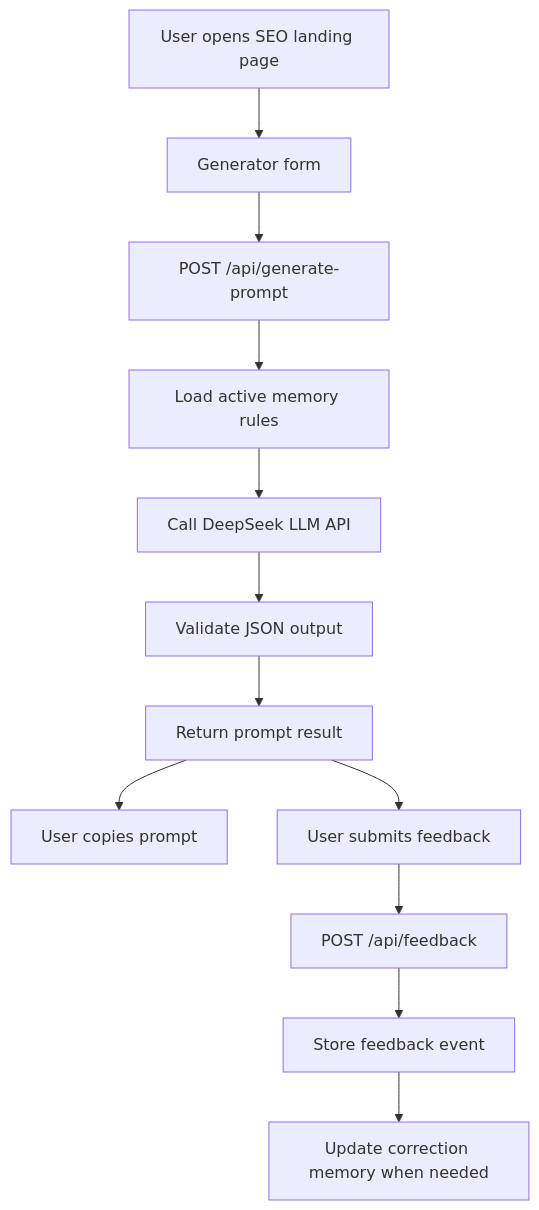
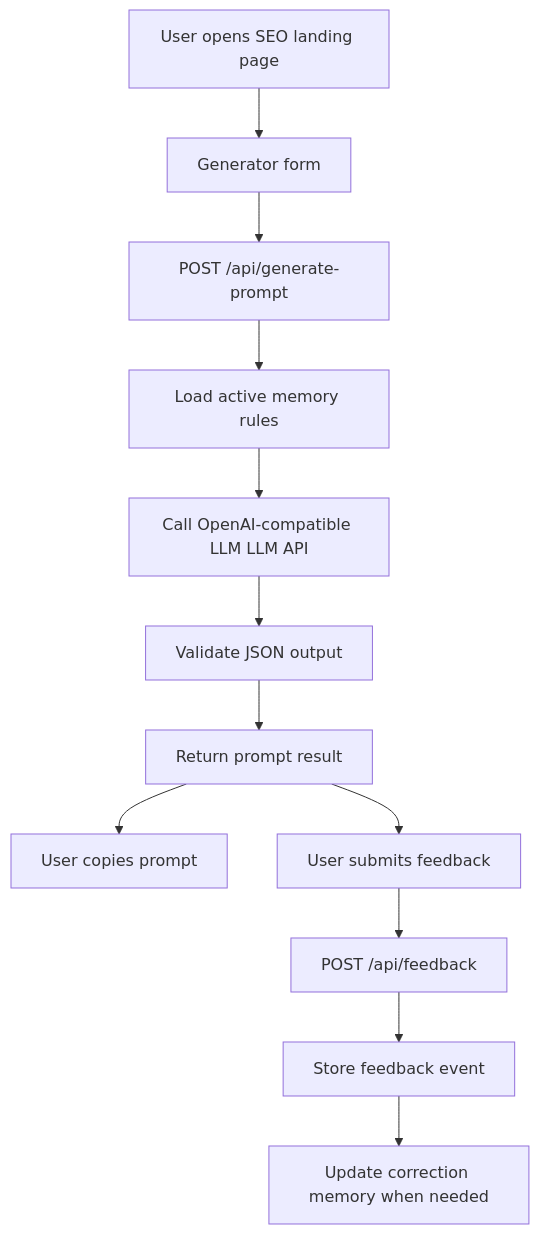
Before and after one commit to Suvalor/dnd-prompt-generator: the diagram in docs/scope-change/20260601-dnd-prompt-generator-dev-doc.md, drawn with Mermaid. The commit also changed other lines of this file and 34 other files, not shown here.

First line of the commit message:
Refactor DND Prompt Forge to integrate OpenAI-compatible LLM API

````diff
--- a/docs/scope-change/20260601-dnd-prompt-generator-dev-doc.md
+++ b/docs/scope-change/20260601-dnd-prompt-generator-dev-doc.md
@@ -29,14 +29,14 @@
 ```mermaid
 flowchart TD
   A["User opens SEO landing page"] --> B["Generator form"]
   B --> C["POST /api/generate-prompt"]
   C --> D["Load active memory rules"]
-  D --> E["Call DeepSeek LLM API"]
+  D --> E["Call OpenAI-compatible LLM LLM API"]
   E --> F["Validate JSON output"]
   F --> G["Return prompt result"]
   G --> H["User copies prompt"]
   G --> I["User submits feedback"]
   I --> J["POST /api/feedback"]
   J --> K["Store feedback event"]
   K --> L["Update correction memory when needed"]
 ```
````
